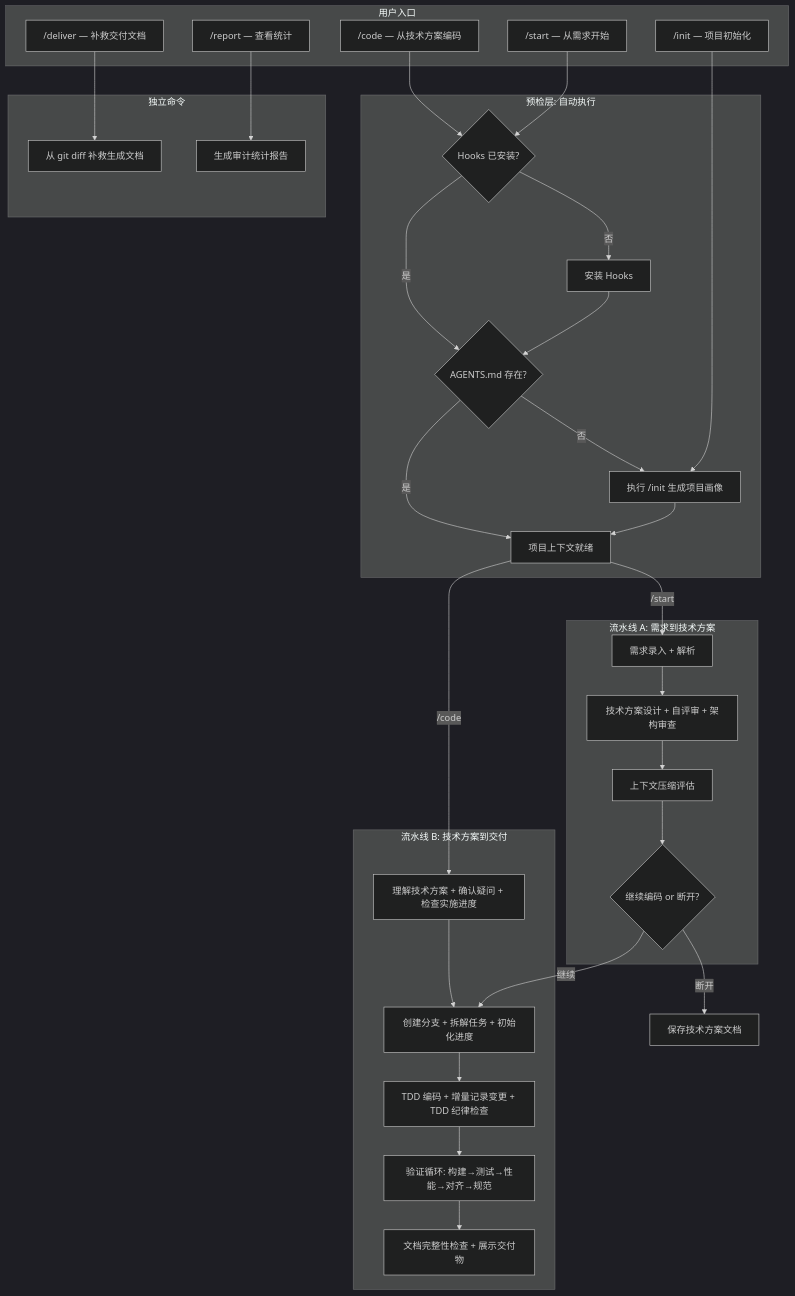
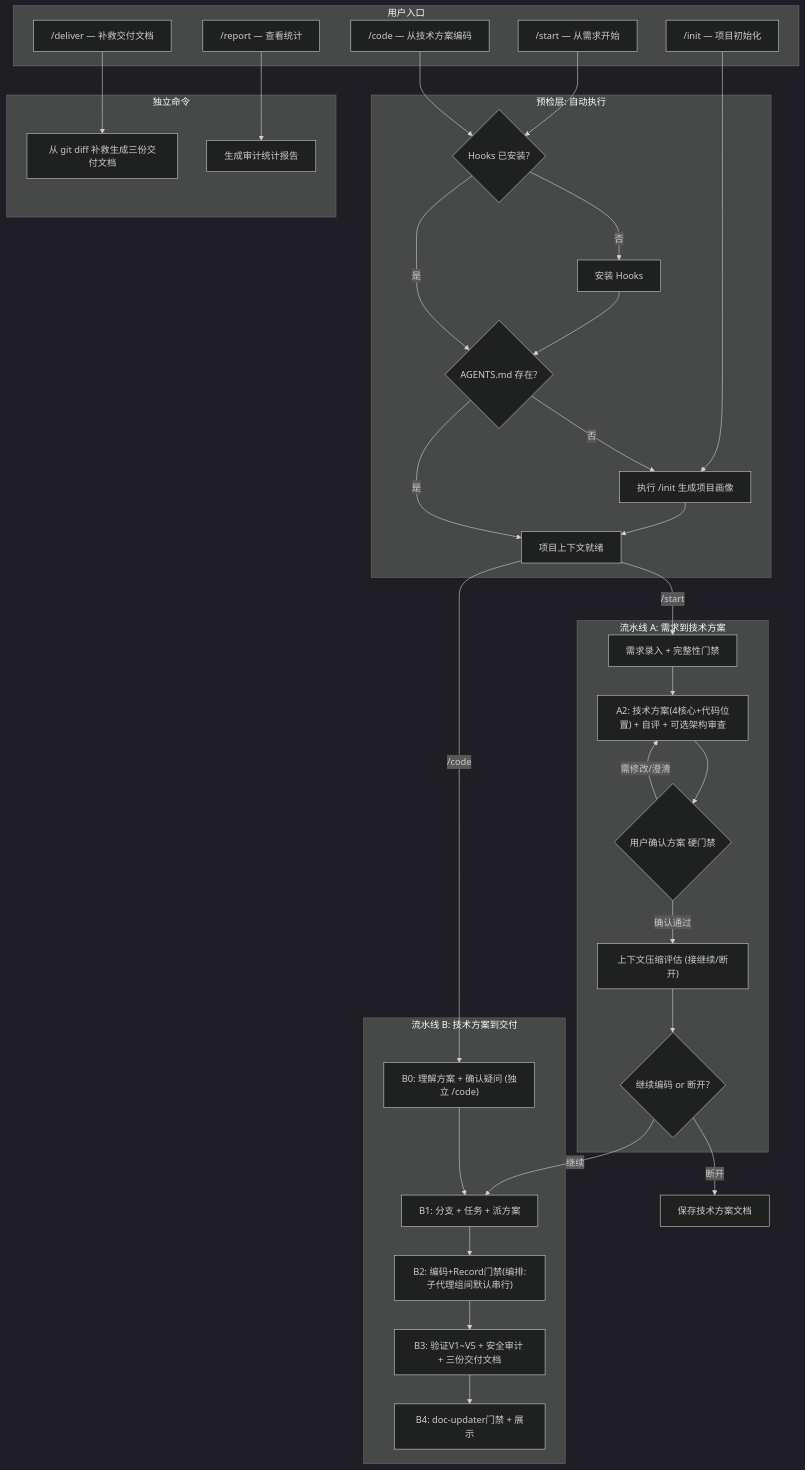
Before and after one commit to leikegeek/coding-exoskeleton: the diagram in docs/user-guide.md, drawn with Mermaid (dark theme). The commit also changed other lines of this file and 26 other files, not shown here.

````diff
--- a/docs/user-guide.md
+++ b/docs/user-guide.md
@@ -100,56 +110,59 @@
 ```mermaid
 flowchart TD
     subgraph entry [用户入口]
         CMD_INIT["/init — 项目初始化"]
         CMD_START["/start — 从需求开始"]
         CMD_CODE["/code — 从技术方案编码"]
         CMD_DELIVER["/deliver — 补救交付文档"]
         CMD_REPORT["/report — 查看统计"]
     end
 
     subgraph preCheck [预检层: 自动执行]
         PC_Hooks{"Hooks 已安装?"}
         PC_InstallHooks["安装 Hooks"]
         PC_Agents{"AGENTS.md 存在?"}
         PC_Init["执行 /init 生成项目画像"]
         PC_Ready["项目上下文就绪"]
     end
 
     subgraph pipelineA [流水线 A: 需求到技术方案]
-        A_Intake["需求录入 + 解析"]
-        A_Design["技术方案设计 + 自评审 + 架构审查"]
-        A_Compact["上下文压缩评估"]
+        A_Intake["需求录入 + 完整性门禁"]
+        A_Design["A2: 技术方案(4核心+代码位置) + 自评 + 可选架构审查"]
+        A_Gate{"用户确认方案 硬门禁"}
+        A_Compact["上下文压缩评估 (接继续/断开)"]
         A_Choice{"继续编码 or 断开?"}
     end
 
     subgraph pipelineB [流水线 B: 技术方案到交付]
-        B_Understand["理解技术方案 + 确认疑问 + 检查实施进度"]
-        B_Prepare["创建分支 + 拆解任务 + 初始化进度"]
-        B_Code["TDD 编码 + 增量记录变更 + TDD 纪律检查"]
-        B_Verify["验证循环: 构建→测试→性能→对齐→规范"]
-        B_Deliver["文档完整性检查 + 展示交付物"]
+        B_Understand["B0: 理解方案 + 确认疑问 (独立 /code)"]
+        B_Prepare["B1: 分支 + 任务 + 派方案"]
+        B_Code["B2: 编码+Record门禁(编排:子代理组间默认串行)"]
+        B_Verify["B3: 验证V1~V5 + 安全审计 + 三份交付文档"]
+        B_Deliver["B4: doc-updater门禁 + 展示"]
     end
 
     subgraph standalone [独立命令]
-        DELIVER_FIX["从 git diff 补救生成文档"]
+        DELIVER_FIX["从 git diff 补救生成三份交付文档"]
         REPORT_GEN["生成审计统计报告"]
     end
 
     CMD_INIT --> PC_Init
     CMD_START --> PC_Hooks
     CMD_CODE --> PC_Hooks
     CMD_DELIVER --> DELIVER_FIX
     CMD_REPORT --> REPORT_GEN
 
     PC_Hooks -->|"否"| PC_InstallHooks --> PC_Agents
     PC_Hooks -->|"是"| PC_Agents
     PC_Agents -->|"否"| PC_Init --> PC_Ready
     PC_Agents -->|"是"| PC_Ready
 
-    PC_Ready -->|"/start"| A_Intake --> A_Design --> A_Compact --> A_Choice
+    PC_Ready -->|"/start"| A_Intake --> A_Design --> A_Gate
+    A_Gate -->|需修改/澄清| A_Design
+    A_Gate -->|确认通过| A_Compact --> A_Choice
     A_Choice -->|"继续"| B_Prepare
     A_Choice -->|"断开"| OUT_A["保存技术方案文档"]
 
     PC_Ready -->|"/code"| B_Understand --> B_Prepare
     B_Prepare --> B_Code --> B_Verify --> B_Deliver
 ```
````
